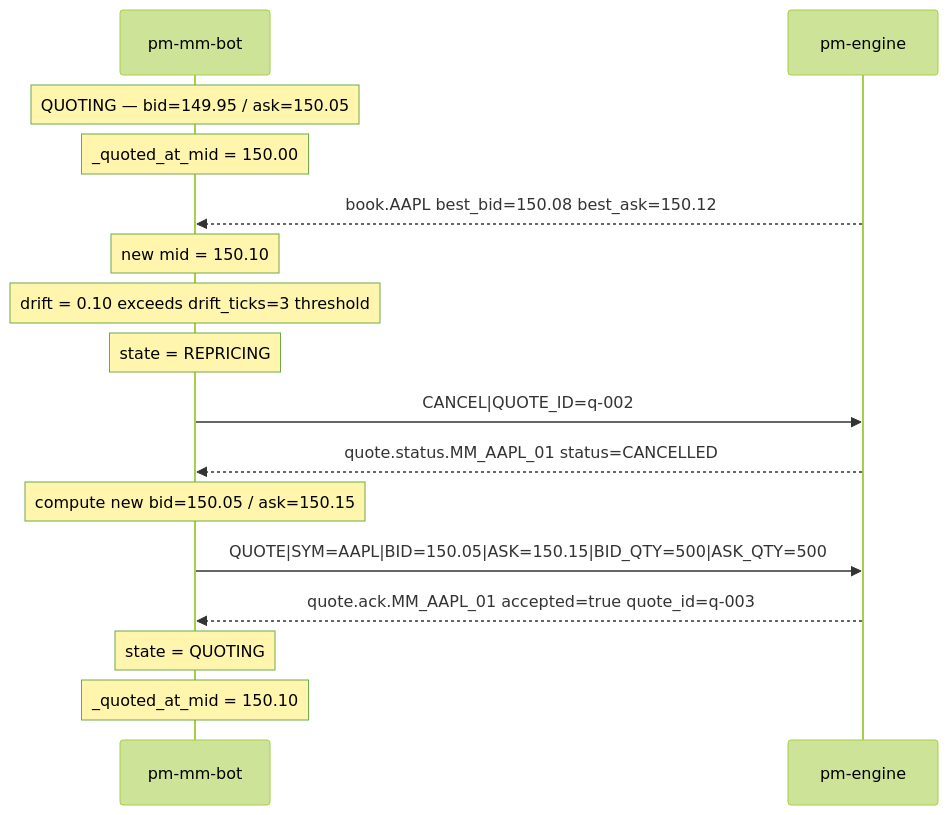
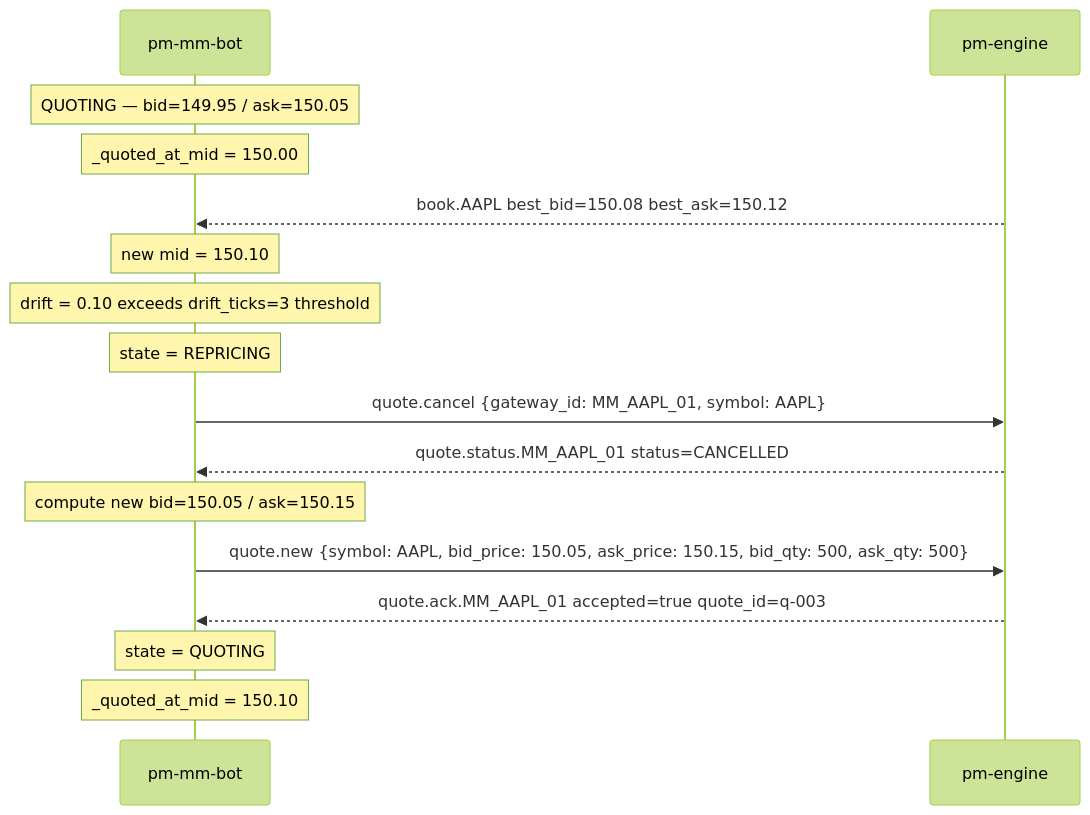
Before and after one commit to johan162/EduMatcher: the sixth of 6 diagrams in docs-design/EduMatcher-MM-bots.md, drawn with Mermaid (forest theme). The commit also changed other lines of this file and 2 other files, not shown here.

````diff
--- a/docs-design/EduMatcher-MM-bots.md
+++ b/docs-design/EduMatcher-MM-bots.md
@@ -715,19 +723,19 @@
 ```mermaid
 sequenceDiagram
     participant B as pm-mm-bot
     participant E as pm-engine
 
     Note over B: QUOTING — bid=149.95 / ask=150.05
     Note over B: _quoted_at_mid = 150.00
     E-->>B: book.AAPL best_bid=150.08 best_ask=150.12
     Note over B: new mid = 150.10
     Note over B: drift = 0.10 exceeds drift_ticks=3 threshold
     Note over B: state = REPRICING
-    B->>E: CANCEL|QUOTE_ID=q-002
+    B->>E: quote.cancel {gateway_id: MM_AAPL_01, symbol: AAPL}
     E-->>B: quote.status.MM_AAPL_01 status=CANCELLED
     Note over B: compute new bid=150.05 / ask=150.15
-    B->>E: QUOTE|SYM=AAPL|BID=150.05|ASK=150.15|BID_QTY=500|ASK_QTY=500
+    B->>E: quote.new {symbol: AAPL, bid_price: 150.05, ask_price: 150.15, bid_qty: 500, ask_qty: 500}
     E-->>B: quote.ack.MM_AAPL_01 accepted=true quote_id=q-003
     Note over B: state = QUOTING
     Note over B: _quoted_at_mid = 150.10
 ```
````
